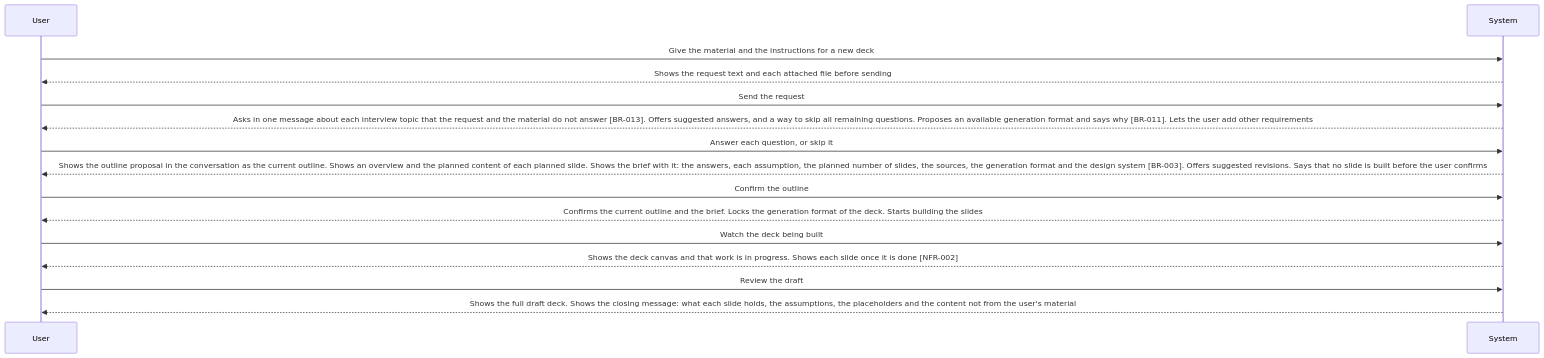
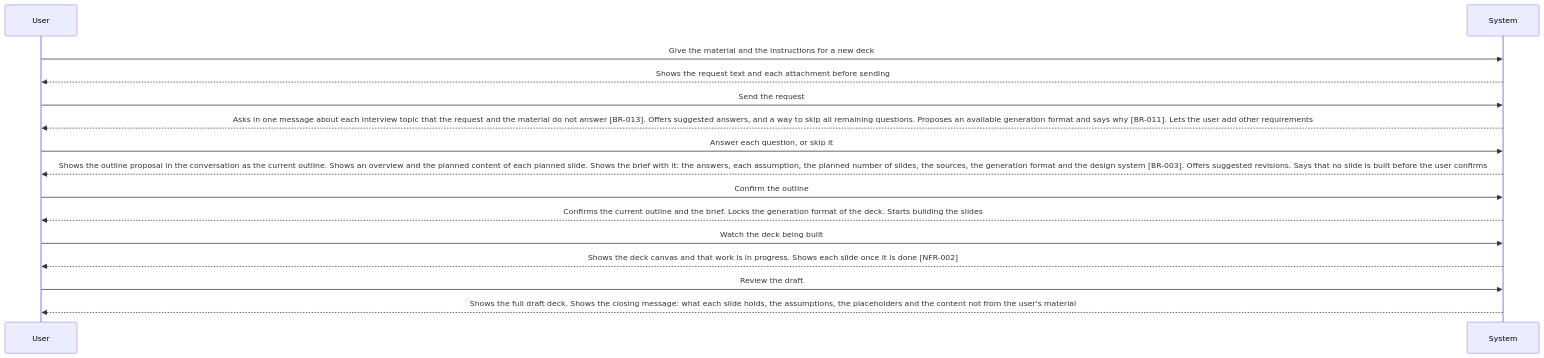
One commit to Luke23127006/DeckAgent changed the diagram in dev/spec/02-use-cases/UC-001.md. Above: the diagram before and after it, drawn with Mermaid. The commit also changed other lines of this file and 24 other files, not shown here.

````diff
--- a/dev/spec/02-use-cases/UC-001.md
+++ b/dev/spec/02-use-cases/UC-001.md
@@ -16,17 +16,17 @@
 ```mermaid
 sequenceDiagram
   participant U as User
   participant S as System
   U->>S: Give the material and the instructions for a new deck
-  S-->>U: Shows the request text and each attached file before sending
+  S-->>U: Shows the request text and each attachment before sending
   U->>S: Send the request
   S-->>U: Asks in one message about each interview topic that the request and the material do not answer [BR-013]. Offers suggested answers, and a way to skip all remaining questions. Proposes an available generation format and says why [BR-011]. Lets the user add other requirements
   U->>S: Answer each question, or skip it
   S-->>U: Shows the outline proposal in the conversation as the current outline. Shows an overview and the planned content of each planned slide. Shows the brief with it: the answers, each assumption, the planned number of slides, the sources, the generation format and the design system [BR-003]. Offers suggested revisions. Says that no slide is built before the user confirms
   U->>S: Confirm the outline
   S-->>U: Confirms the current outline and the brief. Locks the generation format of the deck. Starts building the slides
   U->>S: Watch the deck being built
   S-->>U: Shows the deck canvas and that work is in progress. Shows each slide once it is done [NFR-002]
   U->>S: Review the draft
   S-->>U: Shows the full draft deck. Shows the closing message: what each slide holds, the assumptions, the placeholders and the content not from the user's material
 ```
````
